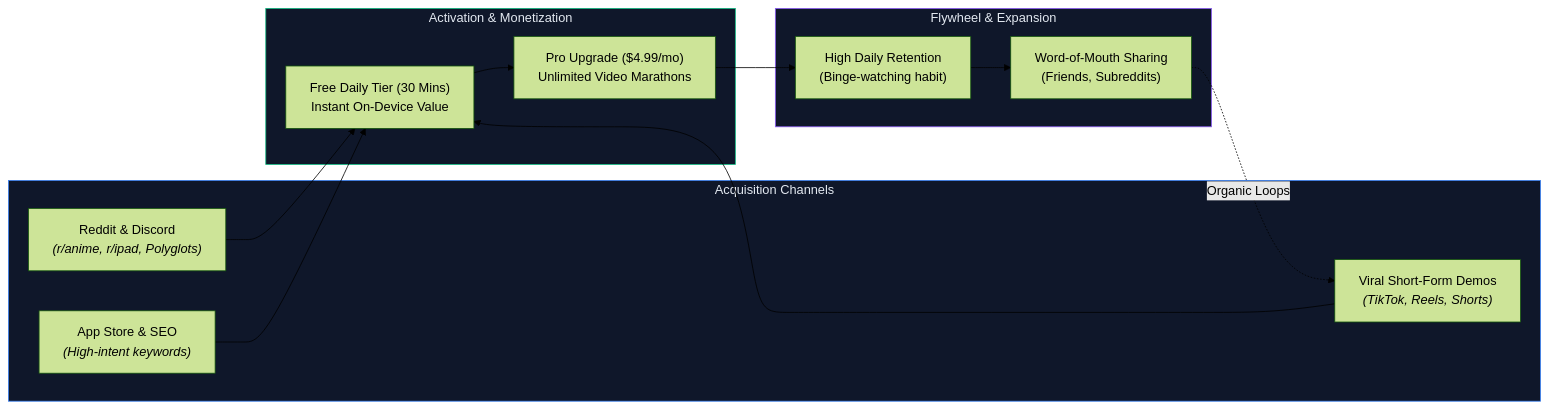
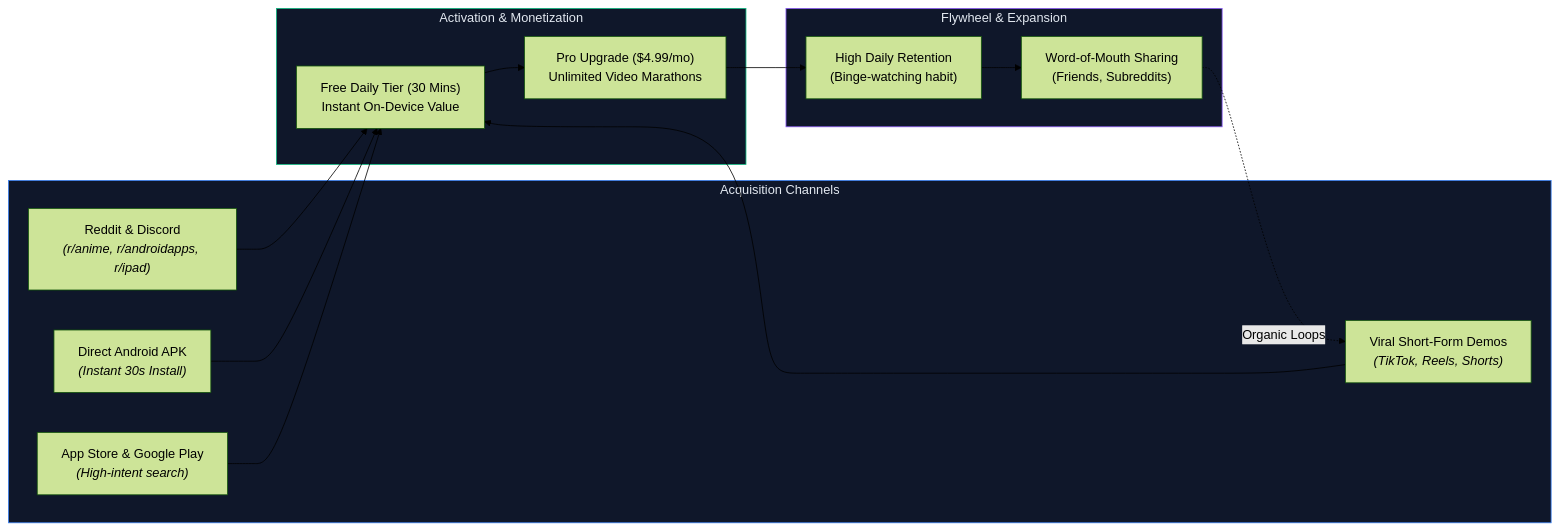
Before and after one commit to martinfou/close-caption: the sixth of 8 diagrams in docs/BUSINESS_PLAN.md, drawn with Mermaid (forest theme). The commit also changed other lines of this file and 1 other file, not shown here.

Commit message:
docs: treat Android as first-class co-equal platform in business plan and landing page

````diff
--- a/docs/BUSINESS_PLAN.md
+++ b/docs/BUSINESS_PLAN.md
@@ -160,30 +164,32 @@
 ```mermaid
 flowchart LR
     subgraph Channels["Acquisition Channels"]
-        R["Reddit & Discord<br/><i>(r/anime, r/ipad, Polyglots)</i>"]
+        R["Reddit & Discord<br/><i>(r/anime, r/androidapps, r/ipad)</i>"]
+        APK["Direct Android APK<br/><i>(Instant 30s Install)</i>"]
         S["Viral Short-Form Demos<br/><i>(TikTok, Reels, Shorts)</i>"]
-        ASO["App Store & SEO<br/><i>(High-intent keywords)</i>"]
+        ASO["App Store & Google Play<br/><i>(High-intent search)</i>"]
     end
 
     subgraph Funnel["Activation & Monetization"]
         FREE["Free Daily Tier (30 Mins)<br/>Instant On-Device Value"]
         PAY["Pro Upgrade ($4.99/mo)<br/>Unlimited Video Marathons"]
     end
 
     subgraph Retain["Flywheel & Expansion"]
         RET["High Daily Retention<br/>(Binge-watching habit)"]
         VIR["Word-of-Mouth Sharing<br/>(Friends, Subreddits)"]
     end
 
     R --> FREE
+    APK --> FREE
     S --> FREE
     ASO --> FREE
     FREE --> PAY
     PAY --> RET
     RET --> VIR
     VIR -. Organic Loops .-> S
 
     style Channels fill:#0f172a,stroke:#3b82f6,stroke-width:1px,color:#e2e8f0
     style Funnel fill:#0f172a,stroke:#10b981,stroke-width:1px,color:#e2e8f0
     style Retain fill:#0f172a,stroke:#8b5cf6,stroke-width:1px,color:#e2e8f0
 ```
````
